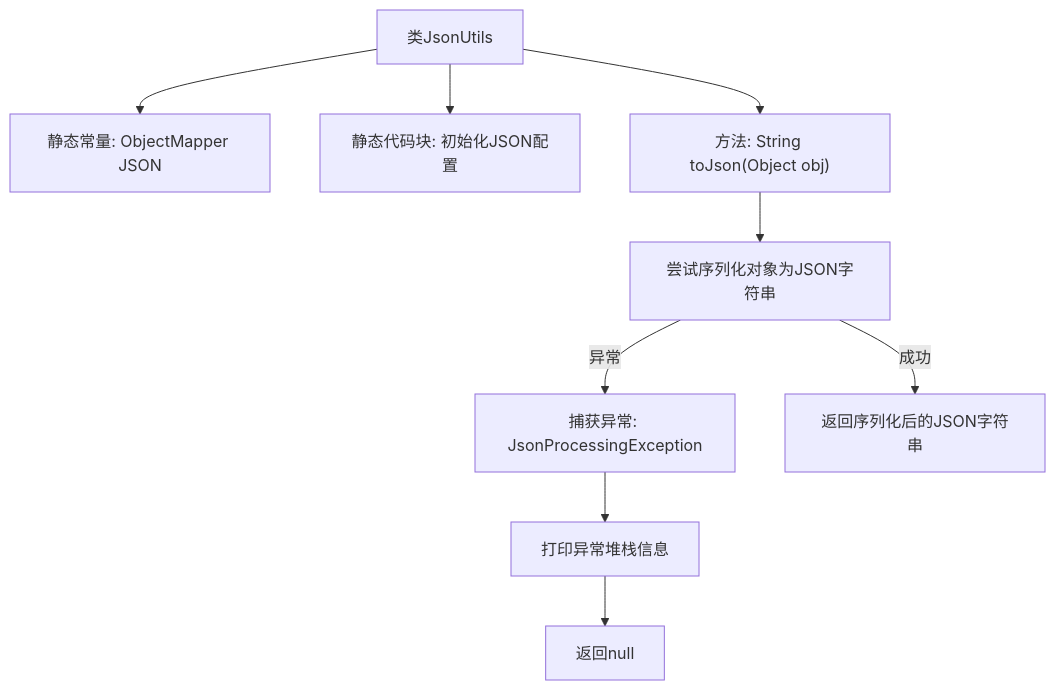
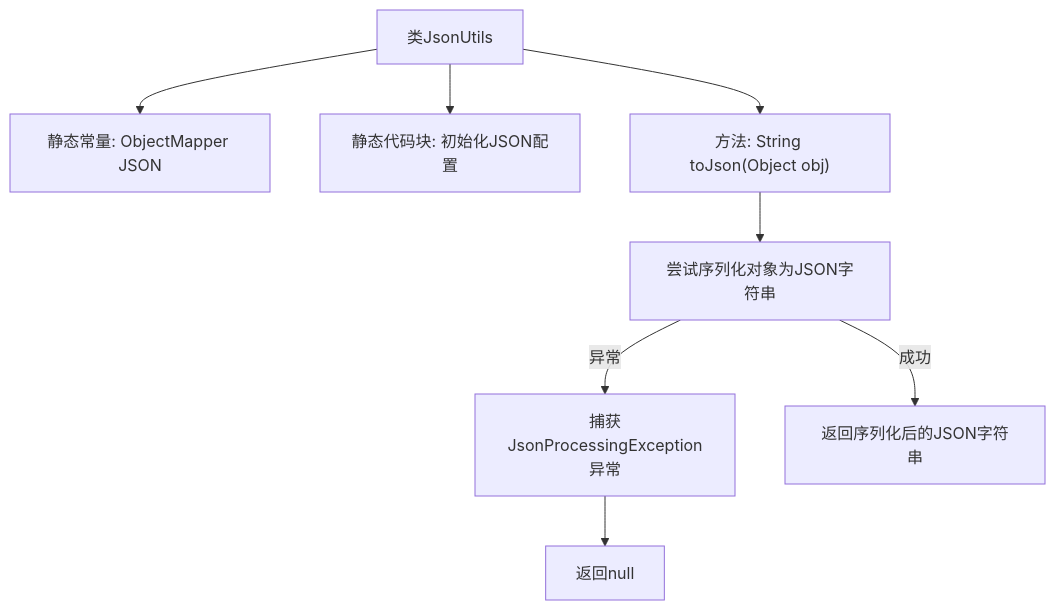
Before and after one commit to v-wjrong/binary_weixin-java-miniapp-demo: the second of 2 diagrams in docs/zh/docs/src/main/java/com/github/binarywang/demo/wx/miniapp/utils/JsonUtils.md, drawn with Mermaid. The commit also changed other lines of this file and 47 other files, not shown here.

````diff
--- a/docs/zh/docs/src/main/java/com/github/binarywang/demo/wx/miniapp/utils/JsonUtils.md
+++ b/docs/zh/docs/src/main/java/com/github/binarywang/demo/wx/miniapp/utils/JsonUtils.md
@@ -74,19 +73,18 @@
 ```mermaid
 graph TD
     A["类JsonUtils"]
     B["静态常量: ObjectMapper JSON"]
     C["静态代码块: 初始化JSON配置"]
     D["方法: String toJson(Object obj)"]
     E["尝试序列化对象为JSON字符串"]
-    F["捕获异常: JsonProcessingException"]
+    F["捕获JsonProcessingException异常"]
     G["返回null"]
 
     A --> B
     A --> C
     A --> D
     D --> E
     E -- 成功 --> H["返回序列化后的JSON字符串"]
     E -- 异常 --> F
-    F --> I["打印异常堆栈信息"]
-    I --> G
+    F --> G
 ```
````
